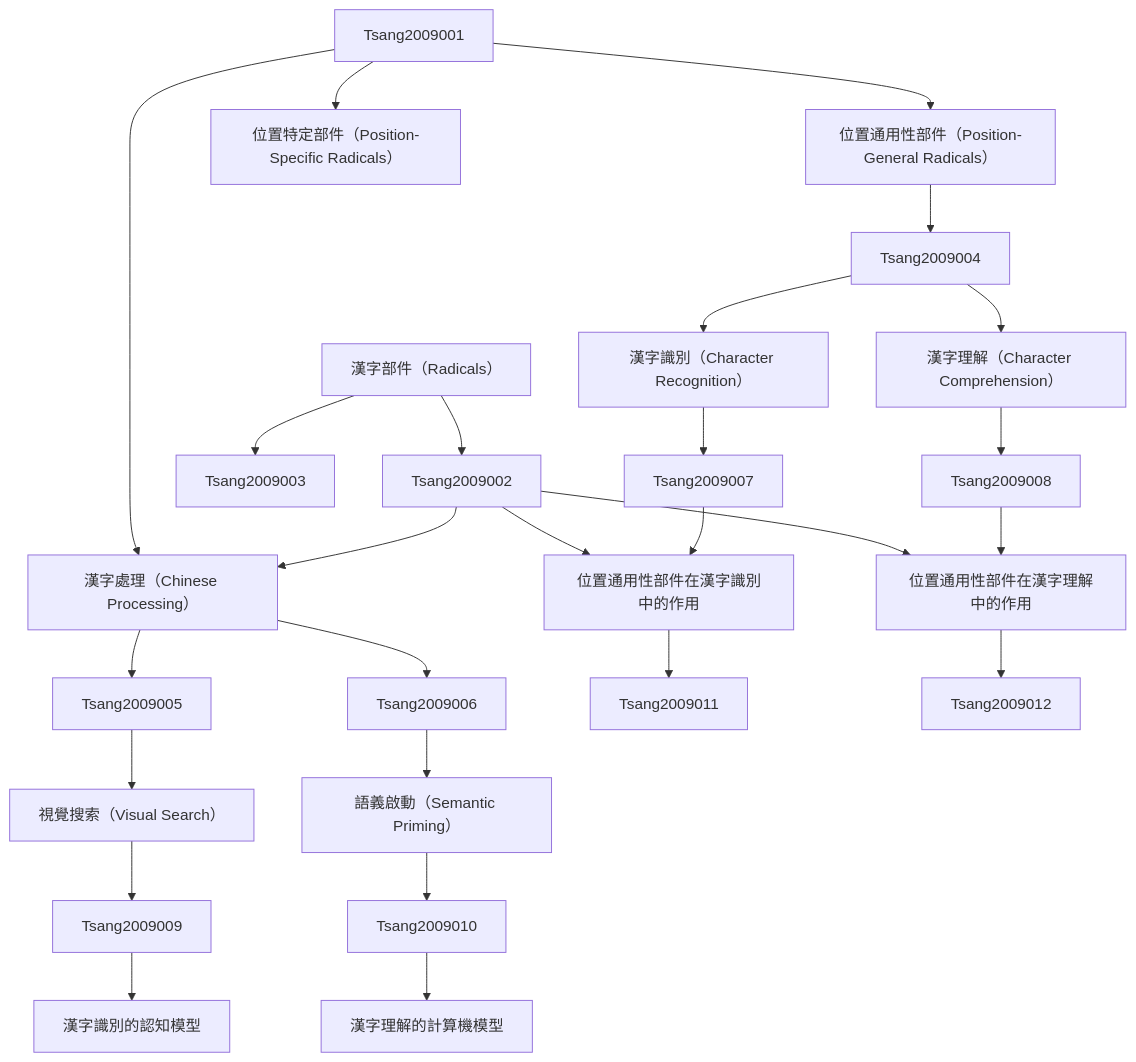
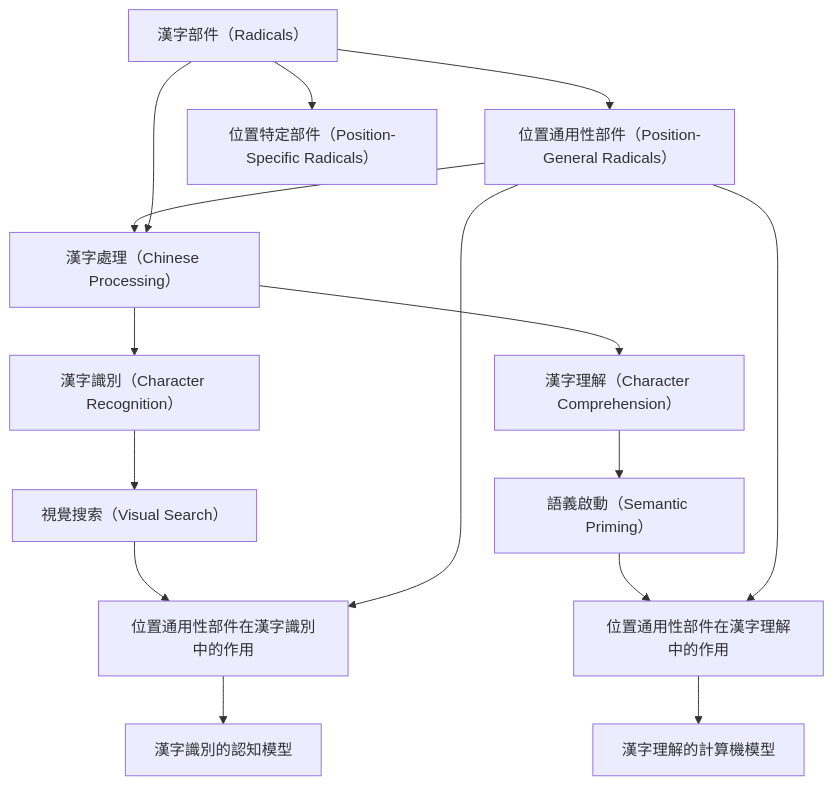
Before and after one commit to SCgeeker/Claude_Journal_Club_Agents: the diagram in output/zettelkasten_notes/zettel_Tsang-2009_20251104/zettel_index.md, drawn with Mermaid. The commit also changed 776 other files, not shown here.

````diff
--- a/output/zettelkasten_notes/zettel_Tsang-2009_20251104/zettel_index.md
+++ b/output/zettelkasten_notes/zettel_Tsang-2009_20251104/zettel_index.md
@@ -92,78 +92,65 @@
 ```mermaid
 graph TD
 
     Tsang-2009-001["漢字部件（Radicals）"]
 
     Tsang-2009-002["位置通用性部件（Position-General Radicals）"]
 
     Tsang-2009-003["位置特定部件（Position-Specific Radicals）"]
 
     Tsang-2009-004["漢字處理（Chinese Processing）"]
 
     Tsang-2009-005["漢字識別（Character Recognition）"]
 
     Tsang-2009-006["漢字理解（Character Comprehension）"]
 
     Tsang-2009-007["視覺搜索（Visual Search）"]
 
     Tsang-2009-008["語義啟動（Semantic Priming）"]
 
     Tsang-2009-009["位置通用性部件在漢字識別中的作用"]
 
     Tsang-2009-010["位置通用性部件在漢字理解中的作用"]
 
     Tsang-2009-011["漢字識別的認知模型"]
 
     Tsang-2009-012["漢字理解的計算機模型"]
 
-    Tsang-2009-001 --> Tsang2009002
+    Tsang-2009-001 --> Tsang-2009-002
 
-    Tsang-2009-001 --> Tsang2009003
+    Tsang-2009-001 --> Tsang-2009-003
 
-    Tsang2009001 --> Tsang-2009-002
 
-    Tsang-2009-002 --> Tsang2009004
+    Tsang-2009-002 --> Tsang-2009-004
 
-    Tsang2009001 --> Tsang-2009-003
+    Tsang-2009-001 --> Tsang-2009-004
 
-    Tsang2009002 --> Tsang-2009-004
+    Tsang-2009-004 --> Tsang-2009-005
 
-    Tsang2009001 --> Tsang-2009-004
+    Tsang-2009-004 --> Tsang-2009-006
 
-    Tsang-2009-004 --> Tsang2009005
 
-    Tsang-2009-004 --> Tsang2009006
+    Tsang-2009-005 --> Tsang-2009-007
 
-    Tsang2009004 --> Tsang-2009-005
 
-    Tsang-2009-005 --> Tsang2009007
+    Tsang-2009-006 --> Tsang-2009-008
 
-    Tsang2009004 --> Tsang-2009-006
 
-    Tsang-2009-006 --> Tsang2009008
+    Tsang-2009-007 --> Tsang-2009-009
 
-    Tsang2009005 --> Tsang-2009-007
 
-    Tsang-2009-007 --> Tsang2009009
+    Tsang-2009-008 --> Tsang-2009-010
 
-    Tsang2009006 --> Tsang-2009-008
 
-    Tsang-2009-008 --> Tsang2009010
+    Tsang-2009-002 --> Tsang-2009-009
 
-    Tsang2009007 --> Tsang-2009-009
+    Tsang-2009-009 --> Tsang-2009-011
 
-    Tsang2009002 --> Tsang-2009-009
 
-    Tsang-2009-009 --> Tsang2009011
+    Tsang-2009-002 --> Tsang-2009-010
 
-    Tsang2009008 --> Tsang-2009-010
+    Tsang-2009-010 --> Tsang-2009-012
 
-    Tsang2009002 --> Tsang-2009-010
 
-    Tsang-2009-010 --> Tsang2009012
-
-    Tsang2009009 --> Tsang-2009-011
-
-    Tsang2009010 --> Tsang-2009-012
 
 ```
````
